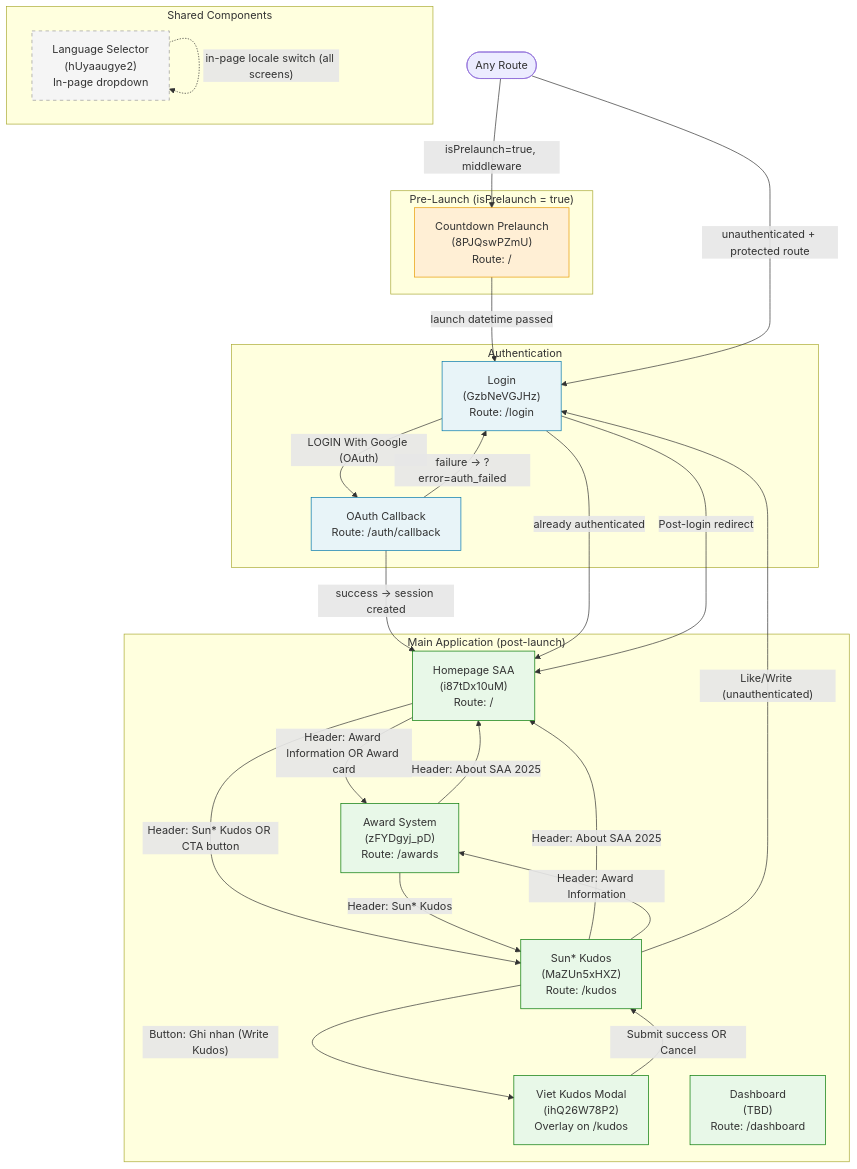
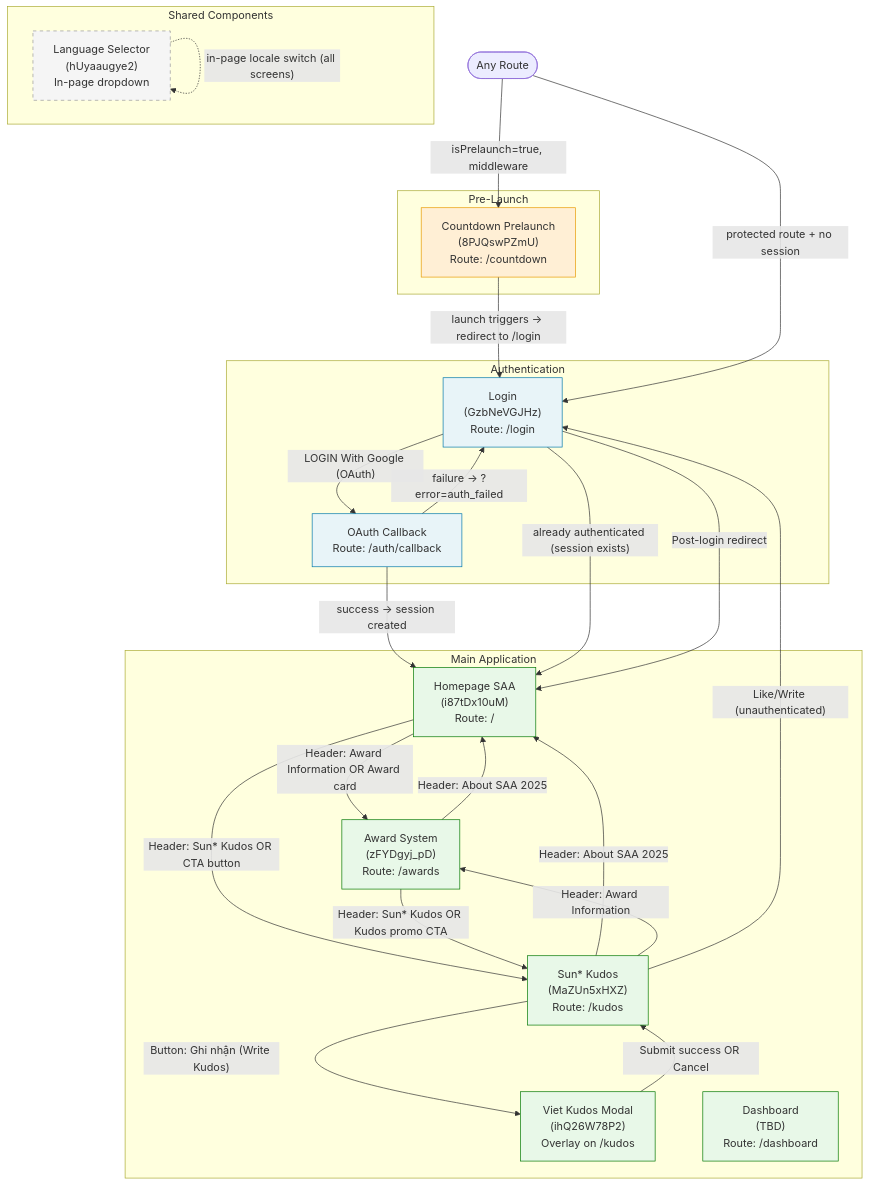
Before and after one commit to havh-1358/ssa-2025: the diagram in .momorph/contexts/SCREENFLOW.md, drawn with Mermaid. The commit also changed other lines of this file and 73 other files, not shown here.

````diff
--- a/.momorph/contexts/SCREENFLOW.md
+++ b/.momorph/contexts/SCREENFLOW.md
@@ -55,58 +57,58 @@
 ```mermaid
 flowchart TD
-    subgraph PreLaunch["Pre-Launch (isPrelaunch = true)"]
-        Countdown["Countdown Prelaunch\n(8PJQswPZmU)\nRoute: /"]
+    subgraph Entry["Pre-Launch"]
+        Countdown["Countdown Prelaunch\n(8PJQswPZmU)\nRoute: /countdown"]
     end
 
     subgraph Auth["Authentication"]
         Login["Login\n(GzbNeVGJHz)\nRoute: /login"]
         OAuthCB["OAuth Callback\nRoute: /auth/callback"]
     end
 
-    subgraph Main["Main Application (post-launch)"]
+    subgraph Main["Main Application"]
         Home["Homepage SAA\n(i87tDx10uM)\nRoute: /"]
         Awards["Award System\n(zFYDgyj_pD)\nRoute: /awards"]
         Kudos["Sun* Kudos\n(MaZUn5xHXZ)\nRoute: /kudos"]
         VietKudos["Viet Kudos Modal\n(ihQ26W78P2)\nOverlay on /kudos"]
         Dashboard["Dashboard\n(TBD)\nRoute: /dashboard"]
     end
 
     subgraph Shared["Shared Components"]
         LangSelector["Language Selector\n(hUyaaugye2)\nIn-page dropdown"]
     end
 
-    %% Pre-launch gate
+    %% PRIMARY FLOW: /countdown → /login → /
     AnyRoute([Any Route]) -->|"isPrelaunch=true, middleware"| Countdown
-
-    %% Auth flow
-    Countdown -->|"launch datetime passed"| Login
-    AnyRoute -->|"unauthenticated + protected route"| Login
+    Countdown -->|"launch triggers → redirect to /login"| Login
     Login -->|"LOGIN With Google (OAuth)"| OAuthCB
     OAuthCB -->|"success → session created"| Home
     OAuthCB -->|"failure → ?error=auth_failed"| Login
-    Login -->|"already authenticated"| Home
+    Login -->|"already authenticated (session exists)"| Home
+
+    %% Auth guard
+    AnyRoute -->|"protected route + no session"| Login
 
     %% Main navigation
     Home -->|"Header: Award Information OR Award card"| Awards
     Home -->|"Header: Sun* Kudos OR CTA button"| Kudos
     Awards -->|"Header: About SAA 2025"| Home
-    Awards -->|"Header: Sun* Kudos"| Kudos
+    Awards -->|"Header: Sun* Kudos OR Kudos promo CTA"| Kudos
     Kudos -->|"Header: About SAA 2025"| Home
     Kudos -->|"Header: Award Information"| Awards
-    Kudos -->|"Button: Ghi nhan (Write Kudos)"| VietKudos
+    Kudos -->|"Button: Ghi nhận (Write Kudos)"| VietKudos
     VietKudos -->|"Submit success OR Cancel"| Kudos
     Kudos -->|"Like/Write (unauthenticated)"| Login
     Login -->|"Post-login redirect"| Home
 
     %% Language selector (no route change)
     LangSelector -.->|"in-page locale switch (all screens)"| LangSelector
 
-    classDef prelaunch fill:#ffefd5,stroke:#e89b00
+    classDef entry fill:#ffefd5,stroke:#e89b00
     classDef auth fill:#e8f4f8,stroke:#0077aa
     classDef main fill:#e8f8e8,stroke:#007700
     classDef shared fill:#f5f5f5,stroke:#999,stroke-dasharray:5 5
-    class Countdown prelaunch
+    class Countdown entry
     class Login,OAuthCB auth
     class Home,Awards,Kudos,VietKudos,Dashboard main
     class LangSelector shared
 ```
````
